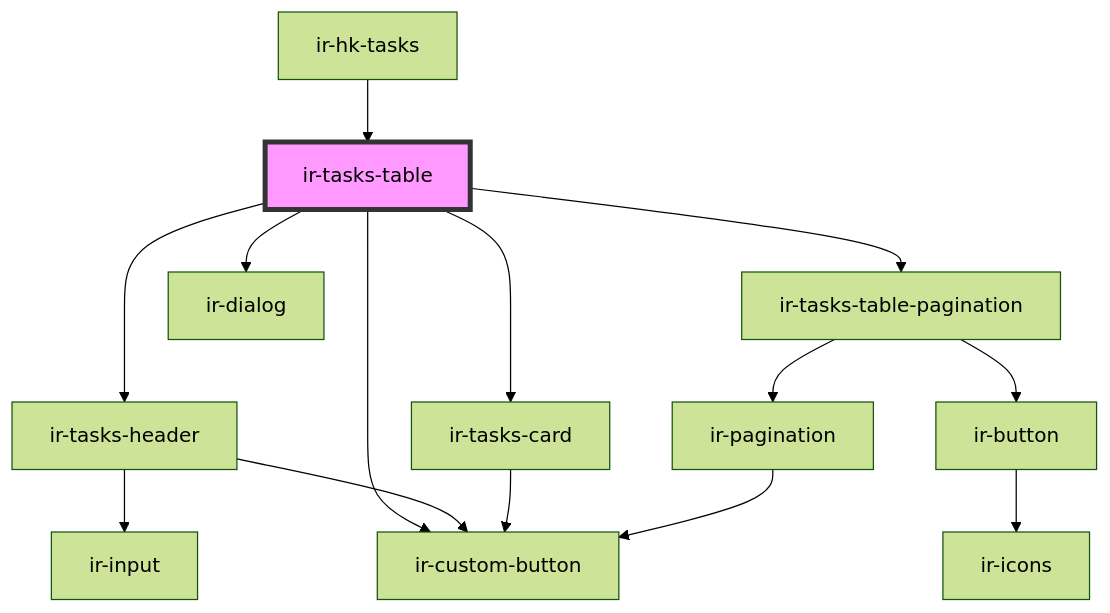
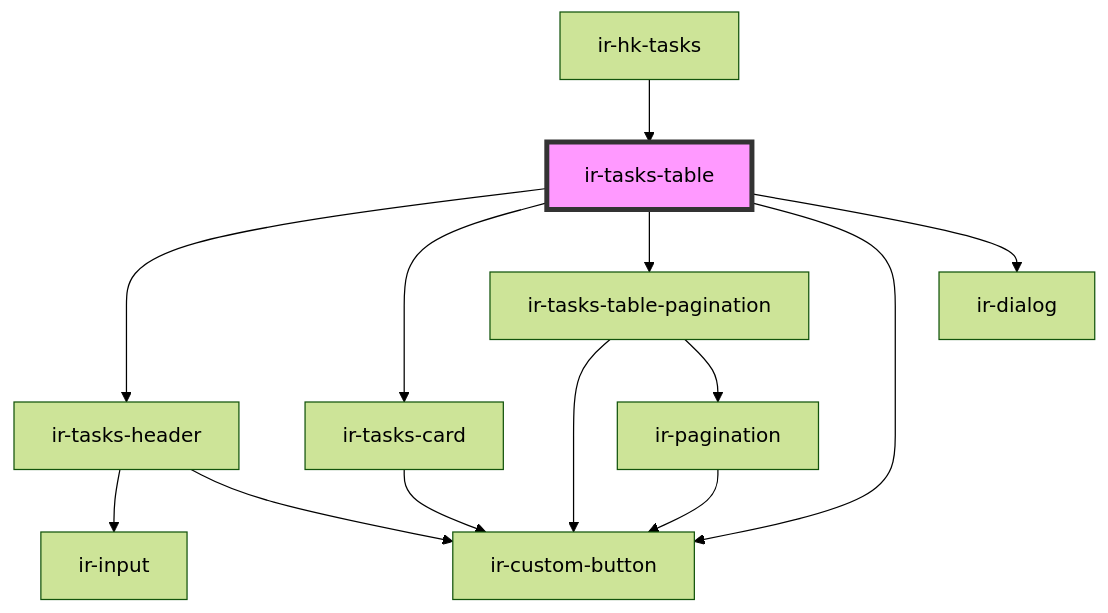
The diagram in src/components/ir-housekeeping/ir-hk-tasks/ir-tasks-table/readme.md (RonyRizk/ir-webcmp), drawn with Mermaid (forest theme) before and after one commit. The commit also changed 857 other files, not shown here.

````diff
--- a/src/components/ir-housekeeping/ir-hk-tasks/ir-tasks-table/readme.md
+++ b/src/components/ir-housekeeping/ir-hk-tasks/ir-tasks-table/readme.md
@@ -41,17 +41,16 @@
 ```mermaid
 graph TD;
   ir-tasks-table --> ir-tasks-header
   ir-tasks-table --> ir-tasks-card
   ir-tasks-table --> ir-tasks-table-pagination
   ir-tasks-table --> ir-custom-button
   ir-tasks-table --> ir-dialog
   ir-tasks-header --> ir-input
   ir-tasks-header --> ir-custom-button
   ir-tasks-card --> ir-custom-button
-  ir-tasks-table-pagination --> ir-button
+  ir-tasks-table-pagination --> ir-custom-button
   ir-tasks-table-pagination --> ir-pagination
-  ir-button --> ir-icons
   ir-pagination --> ir-custom-button
   ir-hk-tasks --> ir-tasks-table
   style ir-tasks-table fill:#f9f,stroke:#333,stroke-width:4px
 ```
````
